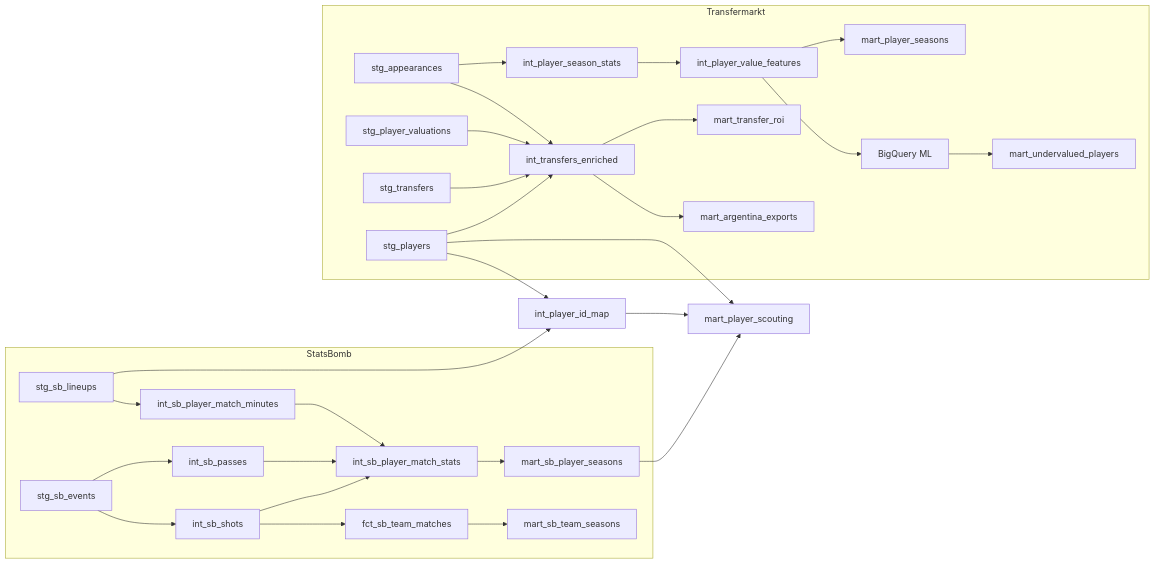
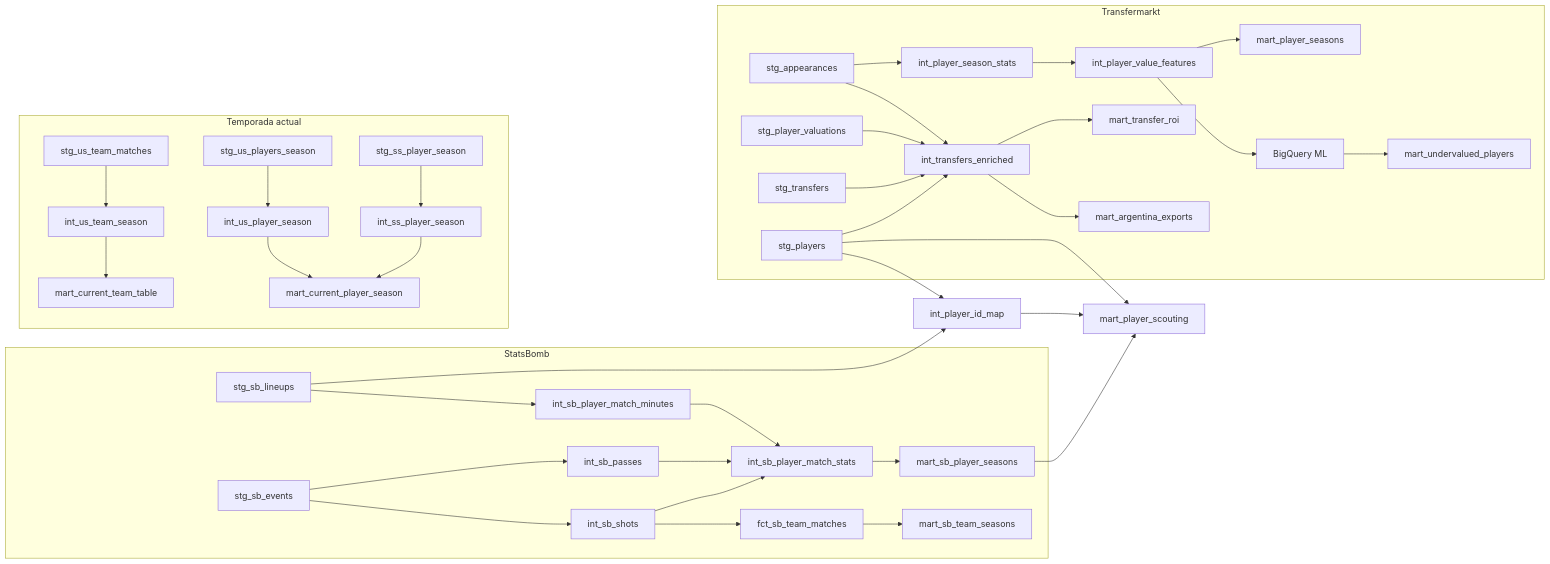
The fourth of 4 diagrams in README.md (Martinix584/Fuchibol), drawn with Mermaid before and after one commit. The commit also changed other lines of this file and 43 other files, not shown here.

First line of the commit message:
Temporada actual: xG con Understat y SofaScore

````diff
--- a/README.md
+++ b/README.md
@@ -75,19 +93,25 @@
 ```mermaid
 flowchart LR
     subgraph Transfermarkt
         stg_players & stg_transfers & stg_player_valuations & stg_appearances --> int_transfers_enriched
         stg_appearances --> int_player_season_stats --> int_player_value_features
         int_transfers_enriched --> mart_transfer_roi & mart_argentina_exports
         int_player_value_features --> mart_player_seasons
         int_player_value_features --> ML[BigQuery ML] --> mart_undervalued_players
     end
     subgraph StatsBomb
         stg_sb_events --> int_sb_shots & int_sb_passes
         stg_sb_lineups --> int_sb_player_match_minutes
         int_sb_shots & int_sb_passes & int_sb_player_match_minutes --> int_sb_player_match_stats
         int_sb_player_match_stats --> mart_sb_player_seasons
         int_sb_shots --> fct_sb_team_matches --> mart_sb_team_seasons
     end
     stg_sb_lineups & stg_players --> int_player_id_map
     mart_sb_player_seasons & int_player_id_map & stg_players --> mart_player_scouting
+    subgraph Temporada actual
+        stg_us_players_season --> int_us_player_season
+        stg_us_team_matches --> int_us_team_season --> mart_current_team_table
+        stg_ss_player_season --> int_ss_player_season
+        int_us_player_season & int_ss_player_season --> mart_current_player_season
+    end
 ```
````
